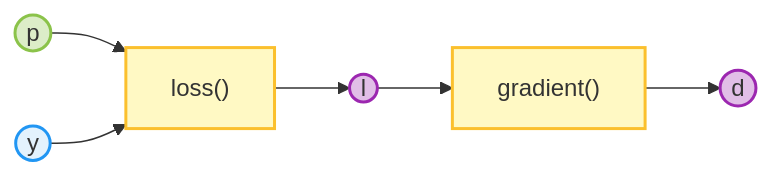
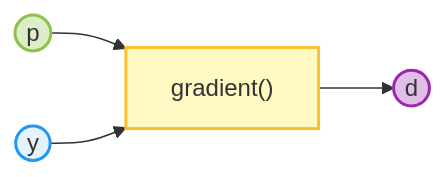
Before and after one commit to teenytinynn/from-neuron-to-chat: the diagram in mermaid-scripts/01-gradient.mmd, drawn with Mermaid. The commit also changed 16 other files, not shown here.

```diff
--- a/mermaid-scripts/01-gradient.mmd
+++ b/mermaid-scripts/01-gradient.mmd
@@ -1,10 +1,10 @@
 flowchart LR
     classDef in fill:#E3F2FD,stroke:#2196F3,stroke-width:2px;
     classDef model fill:#FFF9C4,stroke:#FBC02D,stroke-width:2px;
     classDef data fill:#E1BEE7,stroke:#9C27B0,stroke-width:2px;
     classDef test fill:#F8BBD0,stroke:#E91E63,stroke-width:2px;
     classDef out fill:#DCEDC8,stroke:#8BC34A,stroke-width:2px;
     classDef skip stroke:#B0BEC5,stroke-width:2px,stroke-dasharray: 5 5;
 
-    P((p)):::out --> L["loss()"]:::model --> l((l)):::data --> G["gradient()"]:::model --> d((d)):::data
-    Y((y)):::in --> L
+    P((p)):::out --> G["gradient()"]:::model --> d((d)):::data
+    Y((y)):::in --> G
```
